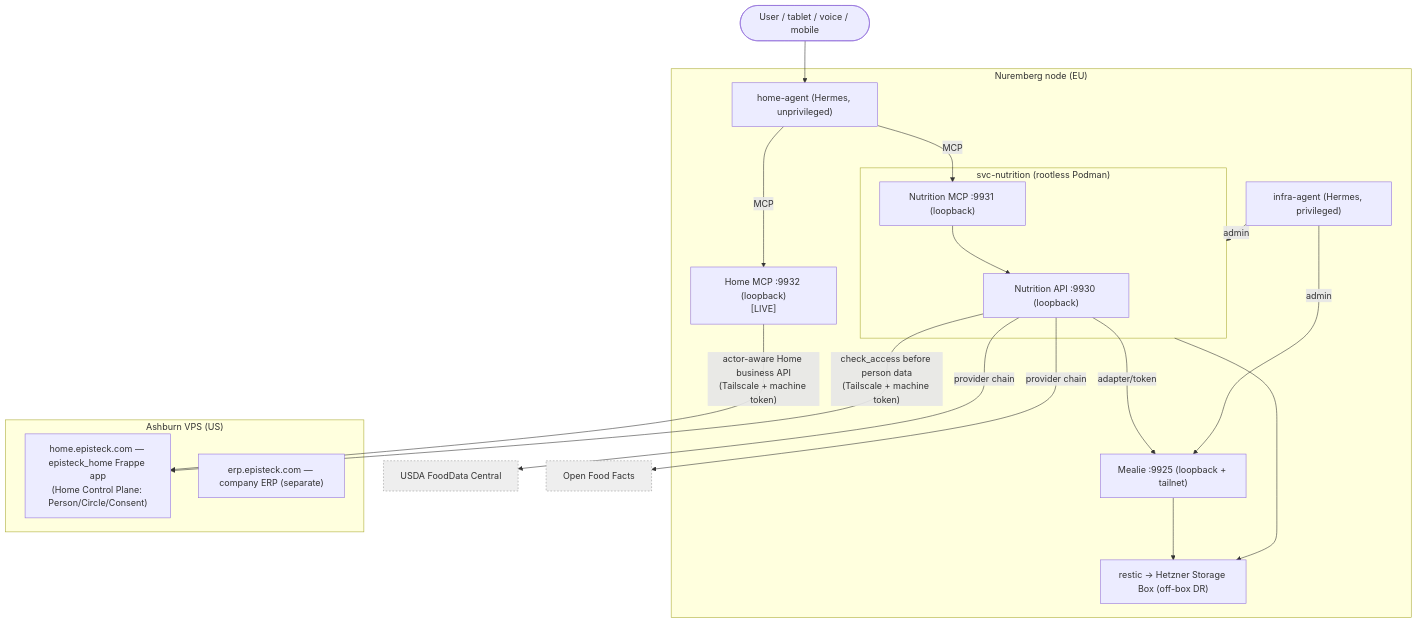
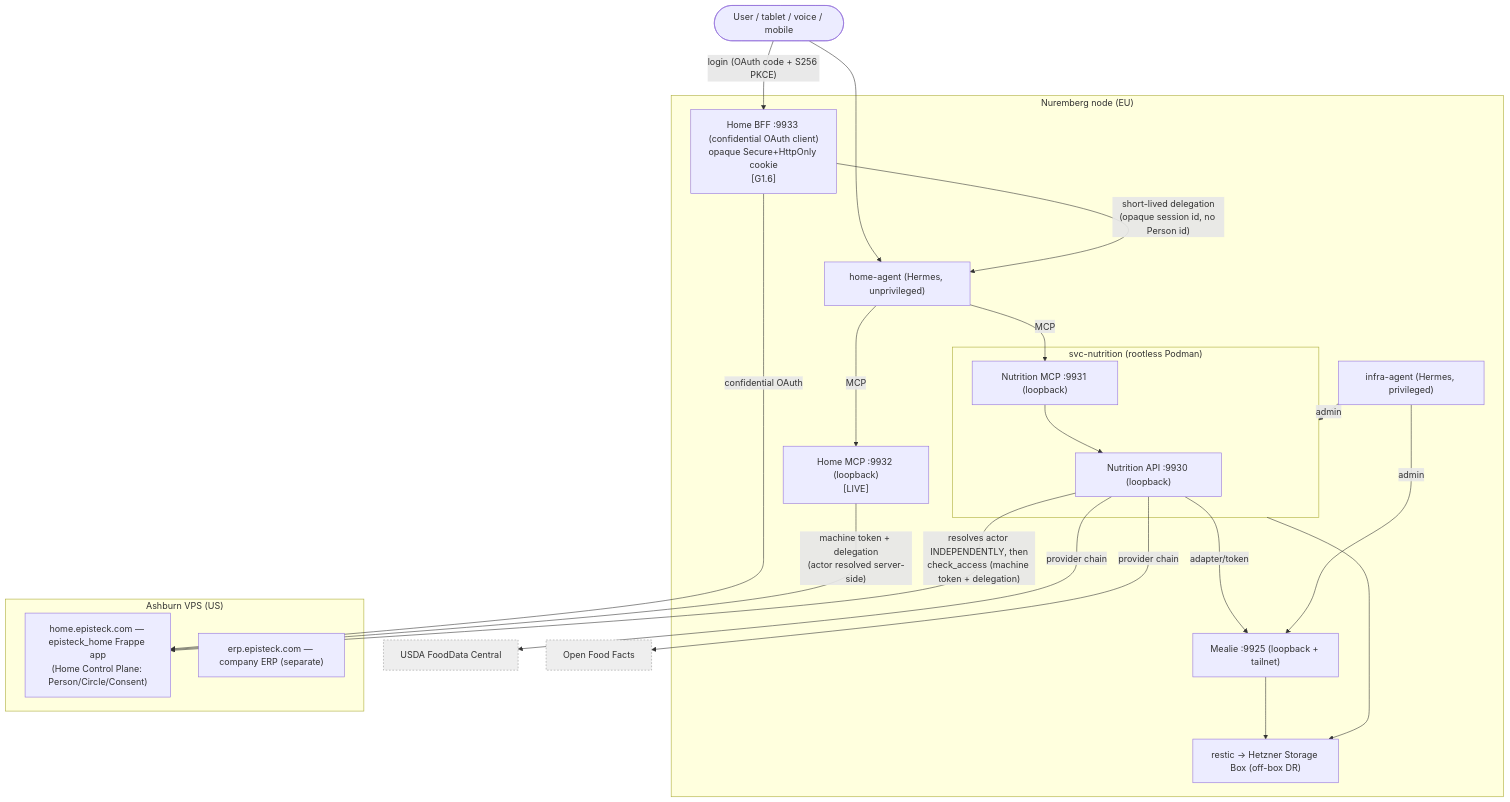
Before and after one commit to EKvargas/episteck_home: the diagram in docs/architecture/ARCHITECTURE.md, drawn with Mermaid. The commit also changed other lines of this file and 8 other files, not shown here.

First line of the commit message:
docs(architecture): record G1.6 trusted actor binding + G1.7 EU gate

````diff
--- a/docs/architecture/ARCHITECTURE.md
+++ b/docs/architecture/ARCHITECTURE.md
@@ -33,40 +34,44 @@
 ```mermaid
 flowchart TB
   user([User / tablet / voice / mobile])
 
   subgraph NBG["Nuremberg node (EU)"]
+    BFF["Home BFF :9933 (confidential OAuth client)<br/>opaque Secure+HttpOnly cookie<br/>[G1.6]"]
     HA["home-agent (Hermes, unprivileged)"]
     IA["infra-agent (Hermes, privileged)"]
     HMCP["Home MCP :9932 (loopback)<br/>[LIVE]"]
     subgraph NUT["svc-nutrition (rootless Podman)"]
       NAPI["Nutrition API :9930 (loopback)"]
       NMCP["Nutrition MCP :9931 (loopback)"]
     end
     MEAL["Mealie :9925 (loopback + tailnet)"]
     BKP["restic → Hetzner Storage Box (off-box DR)"]
   end
 
   subgraph ASH["Ashburn VPS (US)"]
     HOME["home.episteck.com — episteck_home Frappe app<br/>(Home Control Plane: Person/Circle/Consent)"]
     ERP["erp.episteck.com — company ERP (separate)"]
   end
 
   FDC["USDA FoodData Central"]:::ext
   OFF["Open Food Facts"]:::ext
 
+  user -- login (OAuth code + S256 PKCE) --> BFF
+  BFF -- confidential OAuth --> HOME
   user --> HA
+  BFF -- "short-lived delegation<br/>(opaque session id, no Person id)" --> HA
   HA -- MCP --> HMCP
   HA -- MCP --> NMCP
-  HMCP -- "actor-aware Home business API<br/>(Tailscale + machine token)" --> HOME
+  HMCP -- "machine token + delegation<br/>(actor resolved server-side)" --> HOME
   NMCP --> NAPI
   NAPI -- adapter/token --> MEAL
   NAPI -- provider chain --> FDC
   NAPI -- provider chain --> OFF
-  NAPI -- "check_access before person data<br/>(Tailscale + machine token)" --> HOME
+  NAPI -- "resolves actor INDEPENDENTLY, then<br/>check_access (machine token + delegation)" --> HOME
   IA -- admin --> NUT
   IA -- admin --> MEAL
   NUT --> BKP
   MEAL --> BKP
 
   classDef ext fill:#eee,stroke:#999,stroke-dasharray:3 3;
 ```
````
